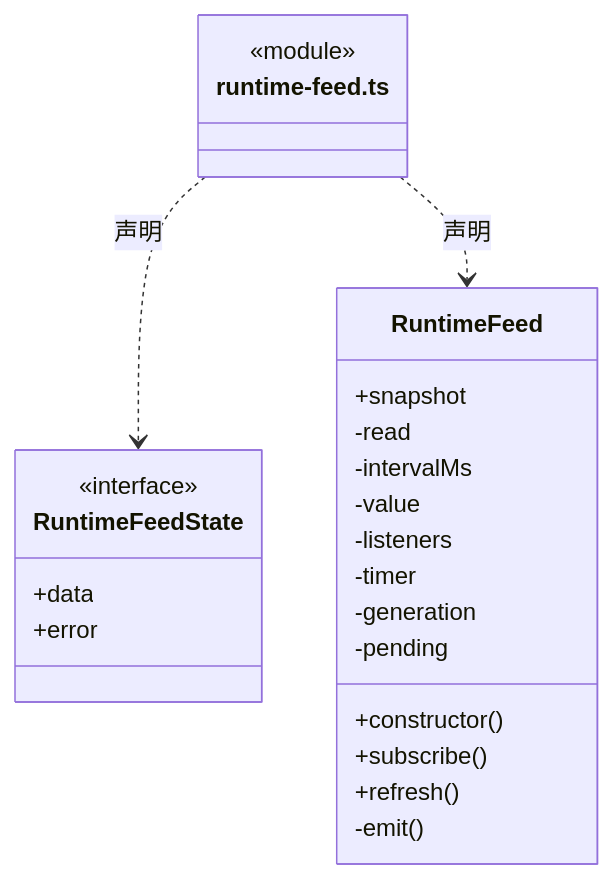
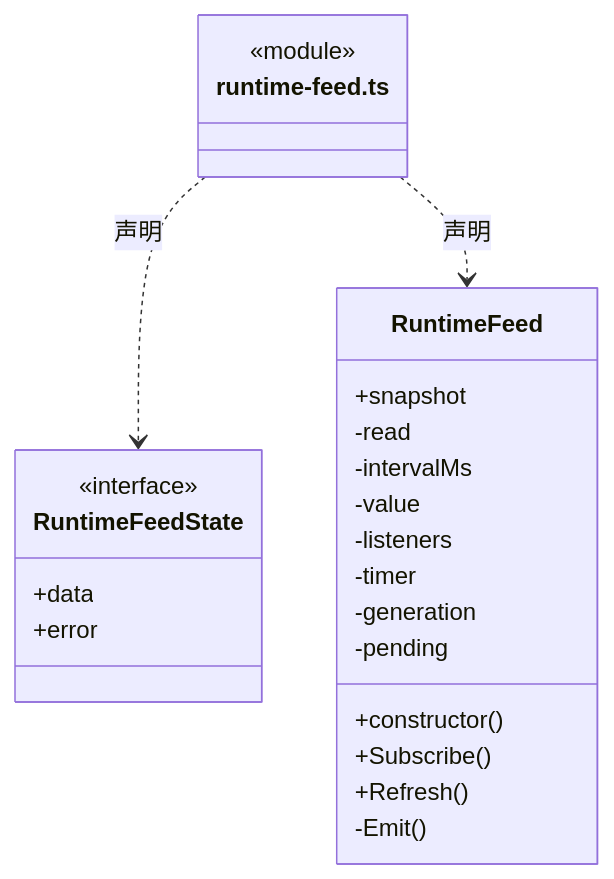
One commit to nan023062/cbim changed the second of 11 diagrams in src/view/runtime/ARCHITECTURE.md. Above: the diagram before and after it, drawn with Mermaid. The commit also changed 1035 other files, not shown here.

````diff
--- a/src/view/runtime/ARCHITECTURE.md
+++ b/src/view/runtime/ARCHITECTURE.md
@@ -36,27 +36,27 @@
 ```mermaid
 classDiagram
 class N_src_view_runtime_runtime_feed_ts["runtime-feed.ts"] {
   <<module>>
 }
 class N_src_view_runtime_runtime_feed_ts_RuntimeFeedState["RuntimeFeedState"] {
   <<interface>>
   +data
   +error
 }
 N_src_view_runtime_runtime_feed_ts ..> N_src_view_runtime_runtime_feed_ts_RuntimeFeedState : 声明
 class N_src_view_runtime_runtime_feed_ts_RuntimeFeed["RuntimeFeed"] {
   +constructor()
   +snapshot
-  +subscribe()
-  +refresh()
+  +Subscribe()
+  +Refresh()
   -read
   -intervalMs
   -value
   -listeners
   -timer
   -generation
   -pending
-  -emit()
+  -Emit()
 }
 N_src_view_runtime_runtime_feed_ts ..> N_src_view_runtime_runtime_feed_ts_RuntimeFeed : 声明
 ```
````
